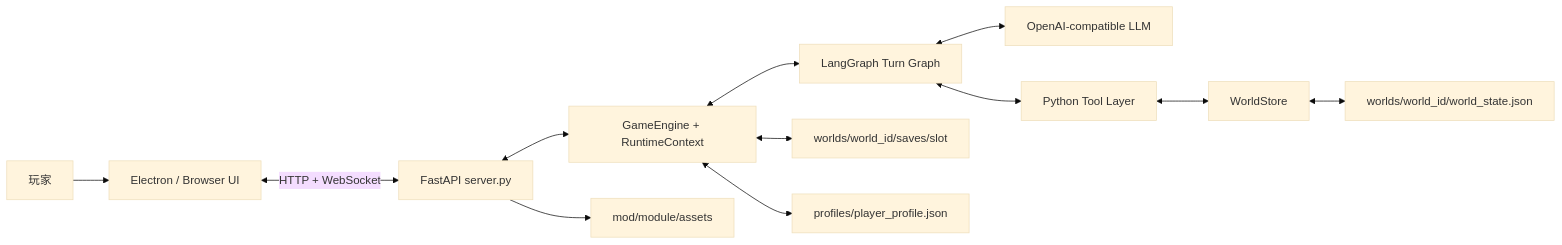
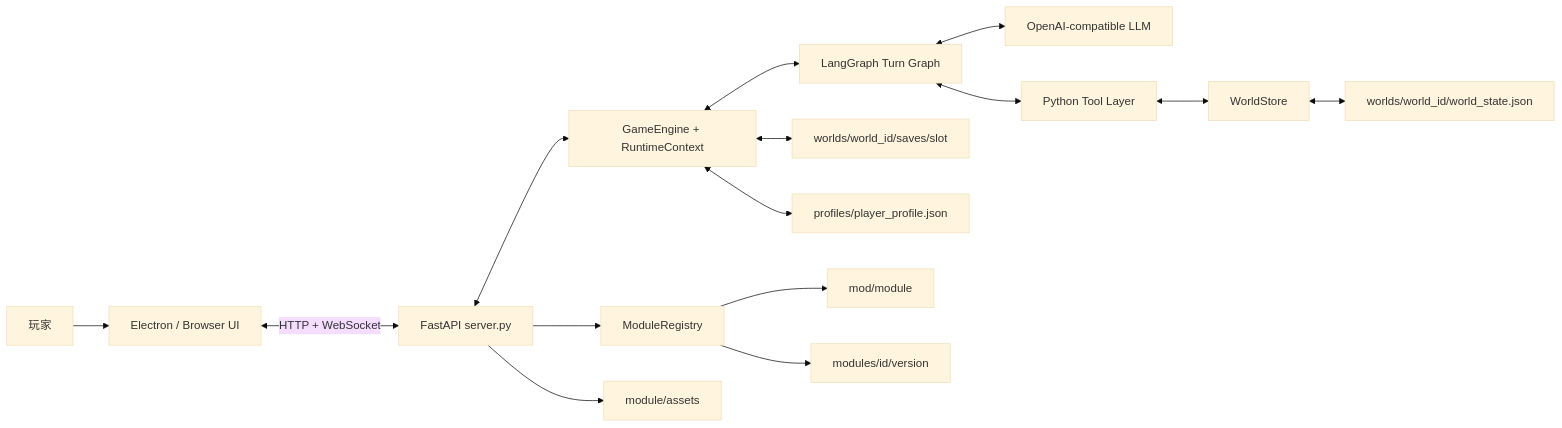
The first of 4 diagrams in docs/ARCHITECTURE.md (Inaglyite/TRPG-Master), drawn with Mermaid (base theme) before and after one commit. The commit also changed other lines of this file and 29 other files, not shown here.

````diff
--- a/docs/ARCHITECTURE.md
+++ b/docs/ARCHITECTURE.md
@@ -20,14 +21,17 @@
 ```mermaid
 flowchart LR
     Player[玩家] --> UI[Electron / Browser UI]
     UI <--> |HTTP + WebSocket| Server[FastAPI server.py]
     Server <--> Engine[GameEngine + RuntimeContext]
     Engine <--> Graph[LangGraph Turn Graph]
     Graph <--> LLM[OpenAI-compatible LLM]
     Graph <--> Tools[Python Tool Layer]
     Tools <--> Store[WorldStore]
     Store <--> State[worlds/world_id/world_state.json]
     Engine <--> Saves[worlds/world_id/saves/slot]
     Engine <--> Profile[profiles/player_profile.json]
-    Server --> Assets[mod/module/assets]
+    Server --> Registry[ModuleRegistry]
+    Registry --> Builtin[mod/module]
+    Registry --> UserModules[modules/id/version]
+    Server --> Assets[module/assets]
 ```
````
